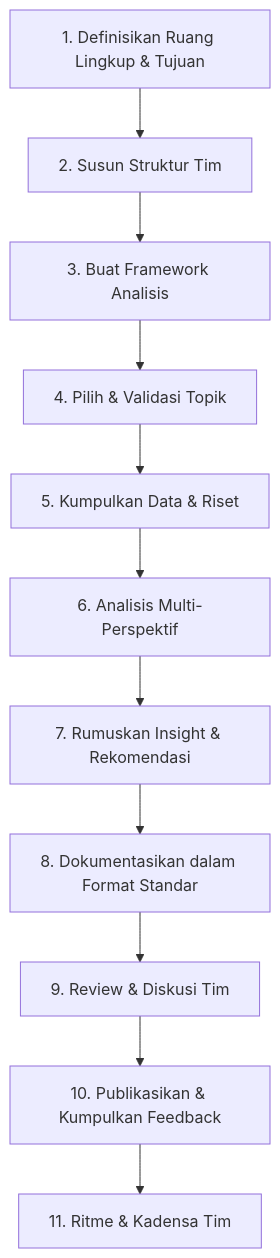
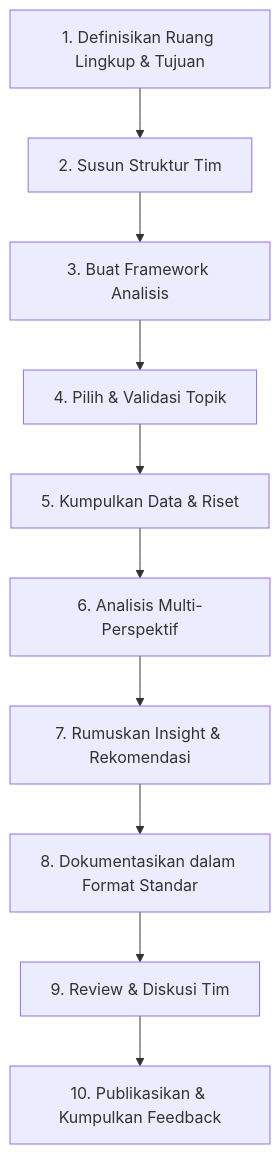
Before and after one commit to Retail-Analytical-Platform/.github: the diagram in profile/README.md, drawn with Mermaid. The commit also changed other lines of this file, not shown here.

````diff
--- a/profile/README.md
+++ b/profile/README.md
@@ -89,13 +91,12 @@
 ```mermaid
 flowchart TD
     A[1. Definisikan Ruang Lingkup & Tujuan] --> B[2. Susun Struktur Tim]
     B --> C[3. Buat Framework Analisis]
     C --> D[4. Pilih & Validasi Topik]
     D --> E[5. Kumpulkan Data & Riset]
     E --> F[6. Analisis Multi-Perspektif]
     F --> G[7. Rumuskan Insight & Rekomendasi]
     G --> H[8. Dokumentasikan dalam Format Standar]
     H --> I[9. Review & Diskusi Tim]
     I --> J[10. Publikasikan & Kumpulkan Feedback]
-    J --> K[11. Ritme & Kadensa Tim]
 ```
````
